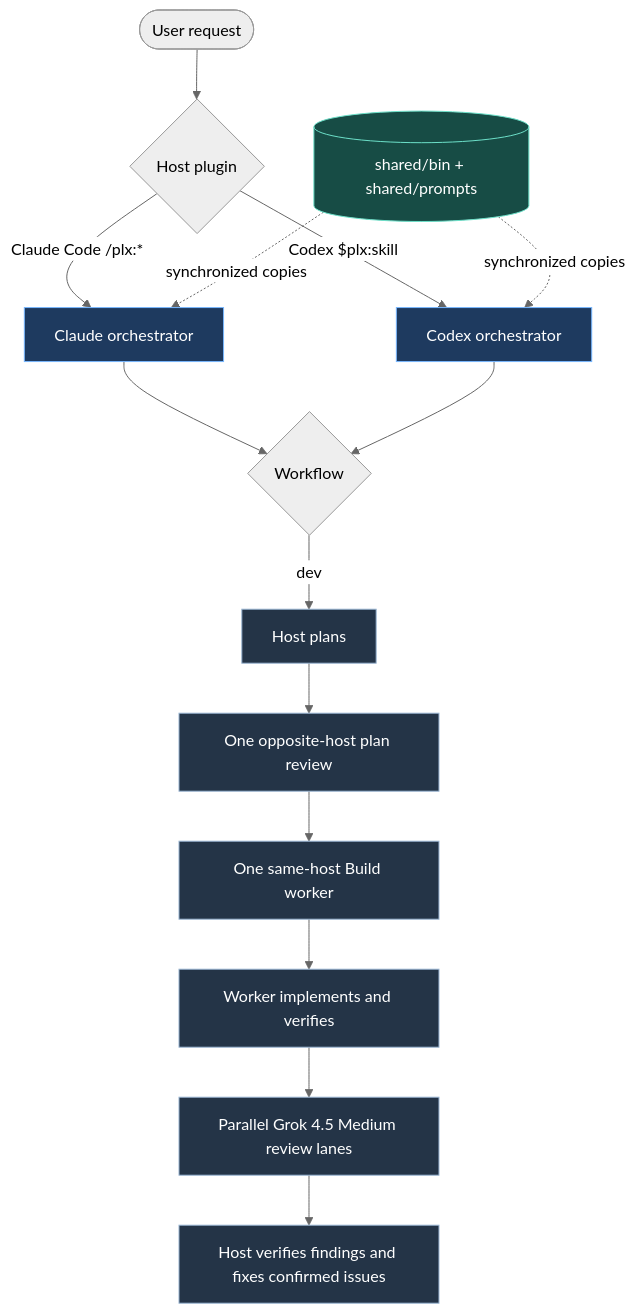
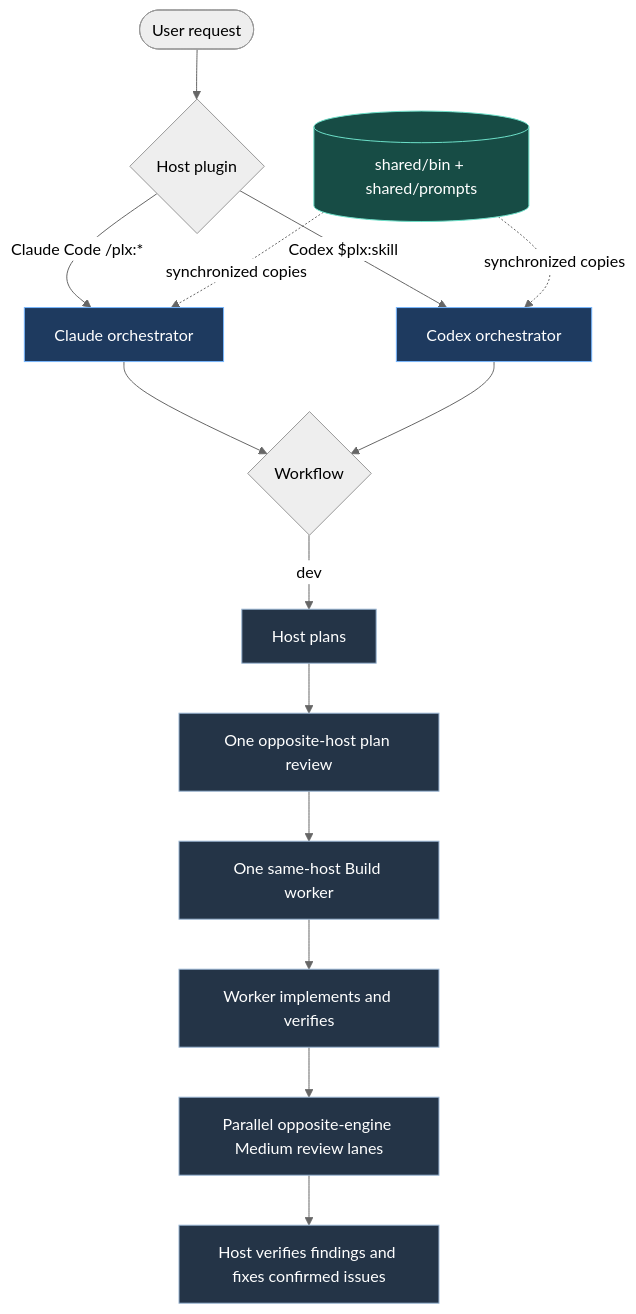
The diagram in docs/diagrams/plx_flow.mmd (dshap474/parallax), drawn with Mermaid (neutral theme) before and after one commit. The commit also changed 23 other files, not shown here.

Commit message:
Align review and simplify defaults with opposite engines

```diff
--- a/docs/diagrams/plx_flow.mmd
+++ b/docs/diagrams/plx_flow.mmd
@@ -1,26 +1,26 @@
 %% Parallax dual-host pipeline overview.
 %% Usage: render with any Mermaid flowchart-compatible renderer.
 flowchart TD
     U([User request]) --> H{Host plugin}
     H -->|Claude Code /plx:*| C[Claude orchestrator]
     H -->|Codex $plx:skill| X[Codex orchestrator]
 
     C --> W{Workflow}
     X --> W
 
     W -->|dev| P[Host plans]
     P --> CR[One opposite-host plan review]
     CR --> B[One same-host Build worker]
     B --> V[Worker implements and verifies]
-    V --> R[Parallel Grok 4.5 Medium review lanes]
+    V --> R[Parallel opposite-engine Medium review lanes]
     R --> S[Host verifies findings and fixes confirmed issues]
 
     SB[(shared/bin + shared/prompts)] -. synchronized copies .-> C
     SB -. synchronized copies .-> X
 
     classDef host fill:#1e3a5f,stroke:#78b7ff,color:#fff
     classDef lane fill:#243447,stroke:#9ab6d3,color:#fff
     classDef shared fill:#174c45,stroke:#6de0c9,color:#fff
     class C,X host
     class P,CR,B,V,R,S lane
     class SB shared
```
